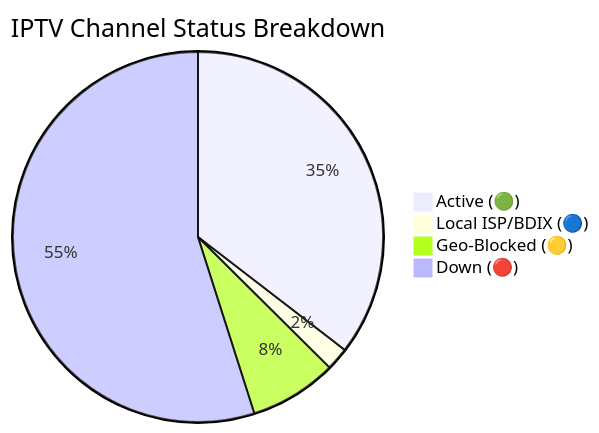
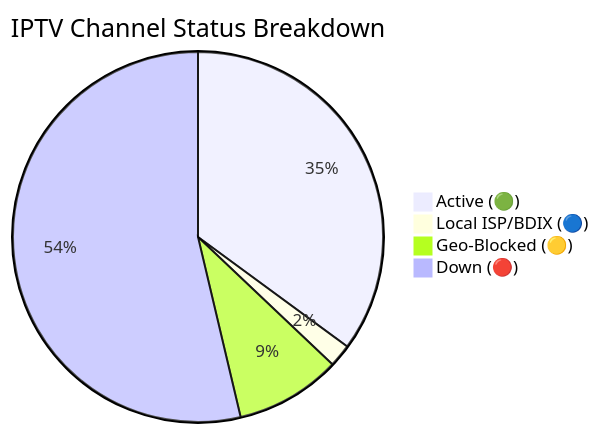
Before and after one commit to andreataylord/Ip-tv-Collection: the diagram in README.md, drawn with Mermaid. The commit also changed other lines of this file and 1 other file, not shown here.

Commit message:
docs(readme): auto-update daily channel status chart

````diff
--- a/README.md
+++ b/README.md
@@ -59,7 +59,7 @@
 ```mermaid
 pie title IPTV Channel Status Breakdown
-    "Active (🟢)" : 2274
+    "Active (🟢)" : 2250
     "Local ISP/BDIX (🔵)" : 128
-    "Geo-Blocked (🟡)" : 490
-    "Down (🔴)" : 3523
+    "Geo-Blocked (🟡)" : 592
+    "Down (🔴)" : 3445
 ```
````
